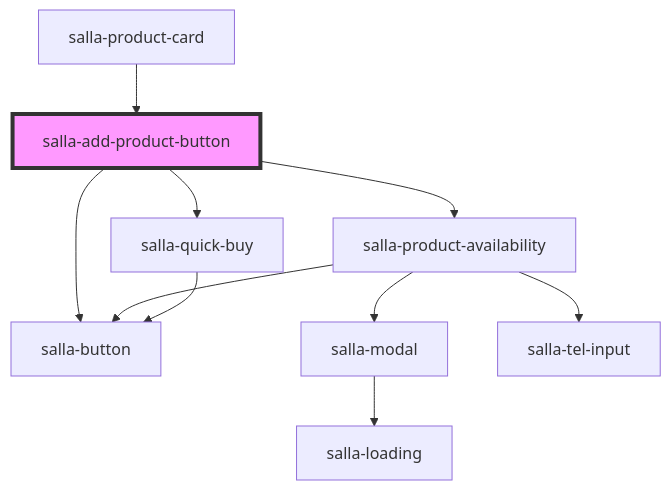
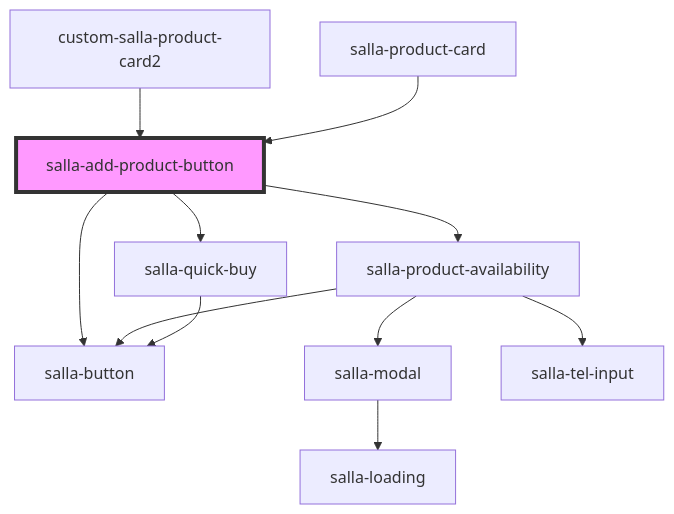
Before and after one commit to Almo7aya/twilight-components_test: the diagram in src/components/salla-add-product-button/readme.md, drawn with Mermaid. The commit also changed other lines of this file and 11 other files, not shown here.

````diff
--- a/src/components/salla-add-product-button/readme.md
+++ b/src/components/salla-add-product-button/readme.md
@@ -45,13 +46,14 @@
 ```mermaid
 graph TD;
   salla-add-product-button --> salla-product-availability
   salla-add-product-button --> salla-button
   salla-add-product-button --> salla-quick-buy
   salla-product-availability --> salla-button
   salla-product-availability --> salla-modal
   salla-product-availability --> salla-tel-input
   salla-modal --> salla-loading
   salla-quick-buy --> salla-button
+  custom-salla-product-card2 --> salla-add-product-button
   salla-product-card --> salla-add-product-button
   style salla-add-product-button fill:#f9f,stroke:#333,stroke-width:4px
 ```
````
